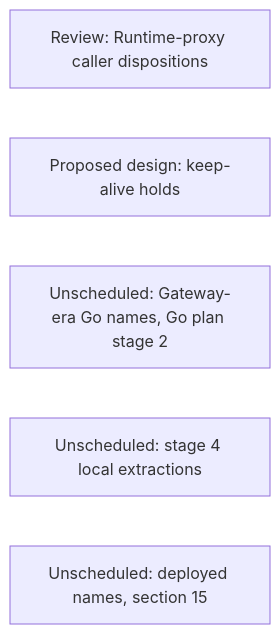
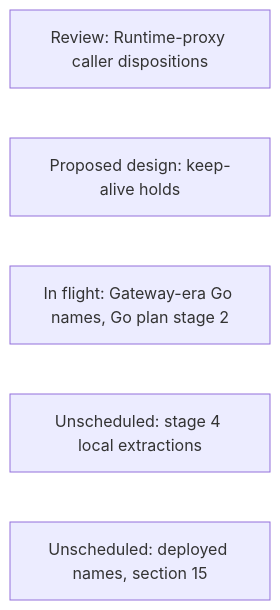
Before and after one commit to agentydragon/ducktape: diagram 20 of 20 in agentplane/plans/task_dag.md, drawn with Mermaid. The commit also changed other lines of this file, not shown here.

First line of the commit message:
agentplane/plans: record the delivery lease and Gateway-era names release

````diff
--- a/agentplane/plans/task_dag.md
+++ b/agentplane/plans/task_dag.md
@@ -3815,8 +3819,8 @@
 ```mermaid
 flowchart LR
     RUNTIME_PROXY_CALLER_AUDIT[Review: Runtime-proxy caller dispositions]
     ENVIRONMENT_KEEP_ALIVE_HOLDS[Proposed design: keep-alive holds]
-    GATEWAY_ERA_NAMES[Unscheduled: Gateway-era Go names, Go plan stage 2]
+    GATEWAY_ERA_NAMES[In flight: Gateway-era Go names, Go plan stage 2]
     GO_LOCAL_EXTRACTIONS[Unscheduled: stage 4 local extractions]
     RUNNER_GATEWAY_RENAME[Unscheduled: deployed names, section 15]
 ```
````
